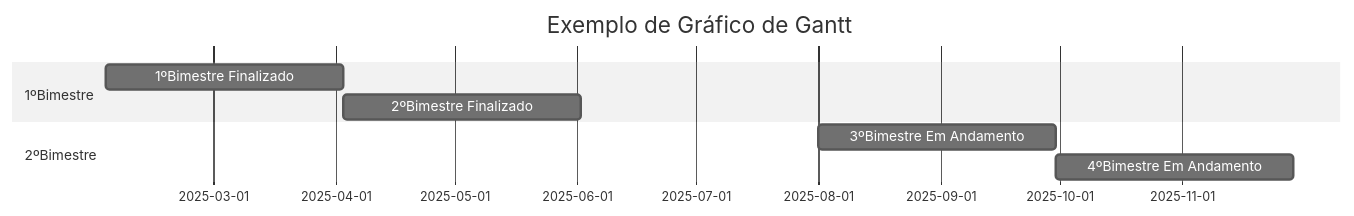
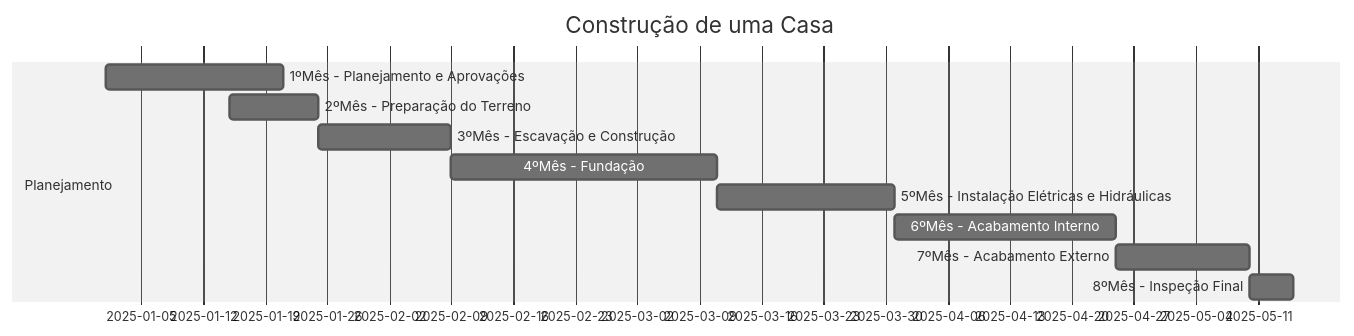
The diagram in README.md (AnandaMazine/Grafico-Gantt), drawn with Mermaid (neutral theme) before and after one commit. The commit also changed other lines of this file, not shown here.

````diff
--- a/README.md
+++ b/README.md
@@ -18,11 +1,15 @@
 ```mermaid
 gantt
-title Exemplo de Gráfico de Gantt
+title Construção de uma Casa
 dateFormat YYYY-MM-DD
-section 1ºBimestre
-1ºBimestre Finalizado:done a1, 2025-02-02, 60d
-2ºBimestre Finalizado:done a2, after a1, 60d
-section 2ºBimestre
-3ºBimestre Em Andamento:active a3, 2025-08-01, 60d
-4ºBimestre Em Andamento:crit a4, after a3, 60d
+section Planejamento
+1ºMês - Planejamento e Aprovações:active pa, 2025-01-01, 20d
+2ºMês - Preparação do Terreno: pt, 2025-01-15, 10d
+3ºMês - Escavação e Construção:active a3, after a2, 15d
+4ºMês - Fundação: a4, after a3, 30d
+5ºMês - Instalação Elétricas e Hidráulicas:a5, after a4, 20d
+6ºMês - Acabamento Interno:a6, after a5, 25d
+7ºMês - Acabamento Externo:a7, after a6, 15d
+8ºMês - Inspeção Final:a8, after a7, 5d
+
 ```
````
